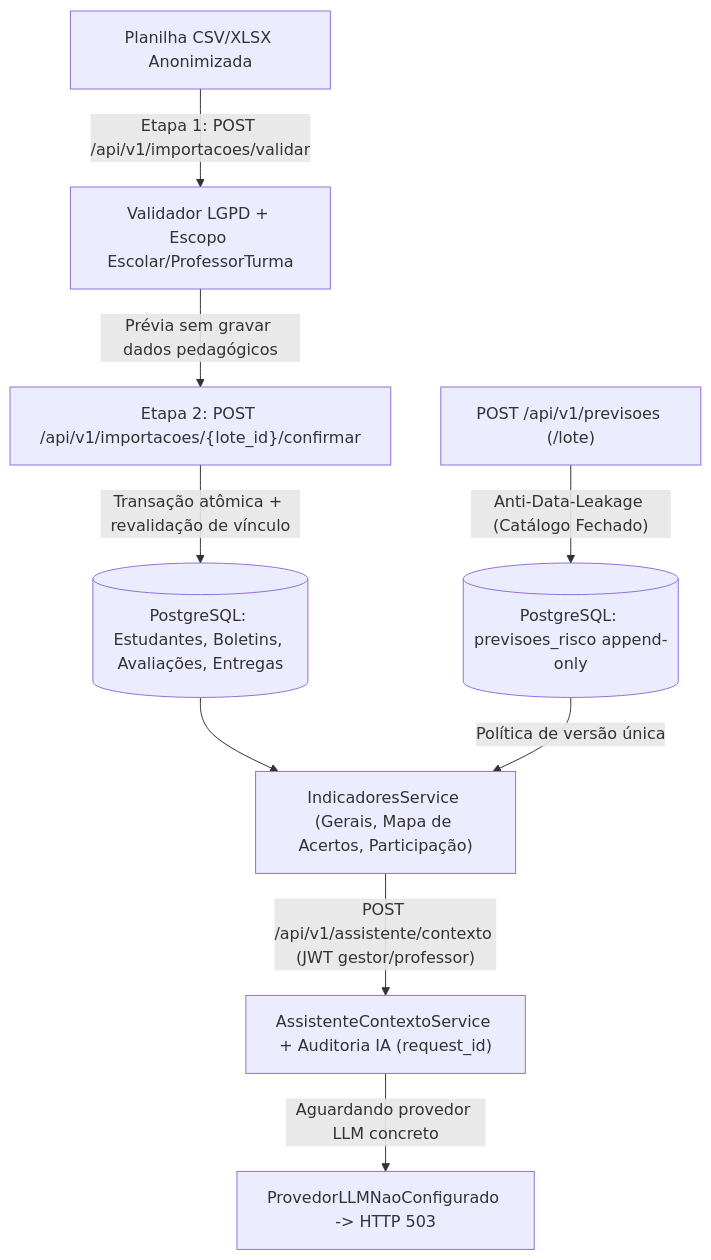
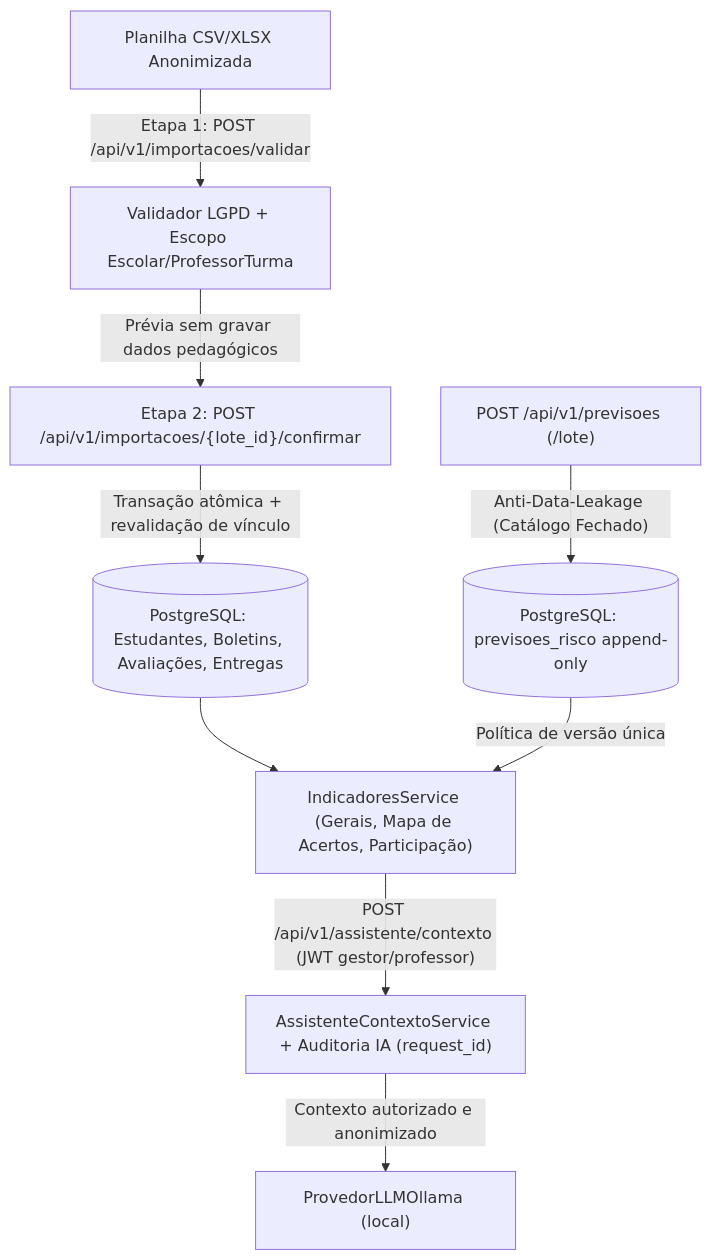
One commit to luuhkkj/Vertice changed the second of 2 diagrams in docs/ARQUITETURA_E_COMPATIBILIDADE.md. Above: the diagram before and after it, drawn with Mermaid. The commit also changed other lines of this file and 35 other files, not shown here.

````diff
--- a/docs/ARQUITETURA_E_COMPATIBILIDADE.md
+++ b/docs/ARQUITETURA_E_COMPATIBILIDADE.md
@@ -76,11 +76,11 @@
 ```mermaid
 flowchart TD
     Upload["Planilha CSV/XLSX Anonimizada"] -->|"Etapa 1: POST /api/v1/importacoes/validar"| Val["Validador LGPD + Escopo Escolar/ProfessorTurma"]
     Val -->|"Prévia sem gravar dados pedagógicos"| Conf["Etapa 2: POST /api/v1/importacoes/{lote_id}/confirmar"]
     Conf -->|"Transação atômica + revalidação de vínculo"| DB[("PostgreSQL: Estudantes, Boletins, Avaliações, Entregas")]
     DB --> Ind["IndicadoresService (Gerais, Mapa de Acertos, Participação)"]
     MLIn["POST /api/v1/previsoes (/lote)"] -->|"Anti-Data-Leakage (Catálogo Fechado)"| PredDB[("PostgreSQL: previsoes_risco append-only")]
     PredDB -->|"Política de versão única"| Ind
     Ind -->|"POST /api/v1/assistente/contexto (JWT gestor/professor)"| Ctx["AssistenteContextoService + Auditoria IA (request_id)"]
-    Ctx -->|"Aguardando provedor LLM concreto"| LLM["ProvedorLLMNaoConfigurado -> HTTP 503"]
+    Ctx -->|"Contexto autorizado e anonimizado"| LLM["ProvedorLLMOllama (local)"]
 ```
````
